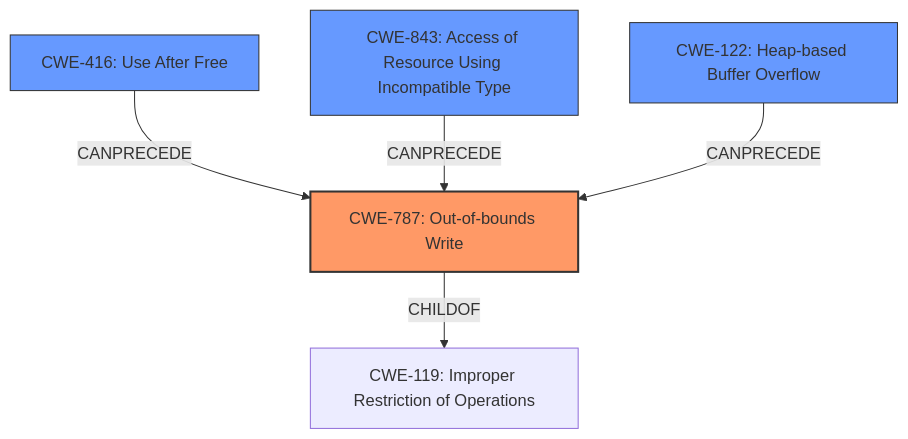
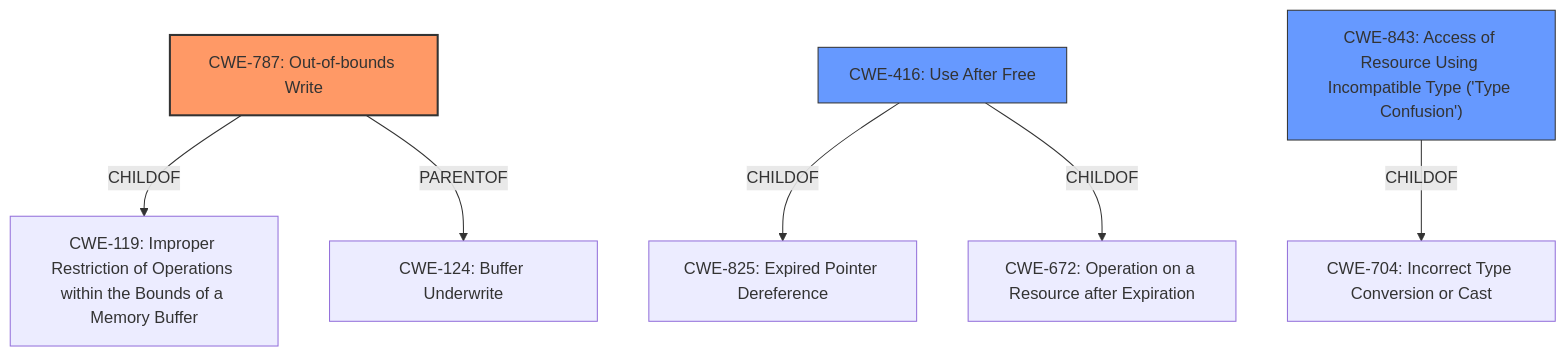
One commit to CyberSecAI/cwe_agent_assign_reports_2023 changed the diagram in CVE-2021-38003/CVE-2021-38003_analysis.md. Above: the diagram before and after it, drawn with Mermaid. The commit also changed other lines of this file and 902 other files, not shown here.

````diff
--- a/CVE-2021-38003/CVE-2021-38003_analysis.md
+++ b/CVE-2021-38003/CVE-2021-38003_analysis.md
@@ -19,19 +18,22 @@
 ```mermaid
 graph TD
     cwe787["CWE-787: Out-of-bounds Write"]
-    cwe119["CWE-119: Improper Restriction of Operations"]
     cwe416["CWE-416: Use After Free"]
-    cwe843["CWE-843: Access of Resource Using Incompatible Type"]
-    cwe122["CWE-122: Heap-based Buffer Overflow"]
-    
+    cwe843["CWE-843: Access of Resource Using Incompatible Type ('Type Confusion')"]
+    cwe825["CWE-825: Expired Pointer Dereference"]
+    cwe672["CWE-672: Operation on a Resource after Expiration"]
+    cwe704["CWE-704: Incorrect Type Conversion or Cast"]
+    cwe124["CWE-124: Buffer Underwrite"]
+    cwe119["CWE-119: Improper Restriction of Operations within the Bounds of a Memory Buffer"]
+
     cwe787 -->|CHILDOF| cwe119
-    cwe416 -->|CANPRECEDE| cwe787
-    cwe843 -->|CANPRECEDE| cwe787
-    cwe122 -->|CANPRECEDE| cwe787
-    
+    cwe416 -->|CHILDOF| cwe825
+    cwe416 -->|CHILDOF| cwe672
+    cwe843 -->|CHILDOF| cwe704
+    cwe787 -->|PARENTOF| cwe124
+
     classDef primary fill:#f96,stroke:#333,stroke-width:2px
     classDef secondary fill:#69f,stroke:#333
-    classDef tertiary fill:#9e9,stroke:#333
     class cwe787 primary
-    class cwe416,cwe843,cwe122 secondary
+    class cwe416,cwe843 secondary
 ```
````
